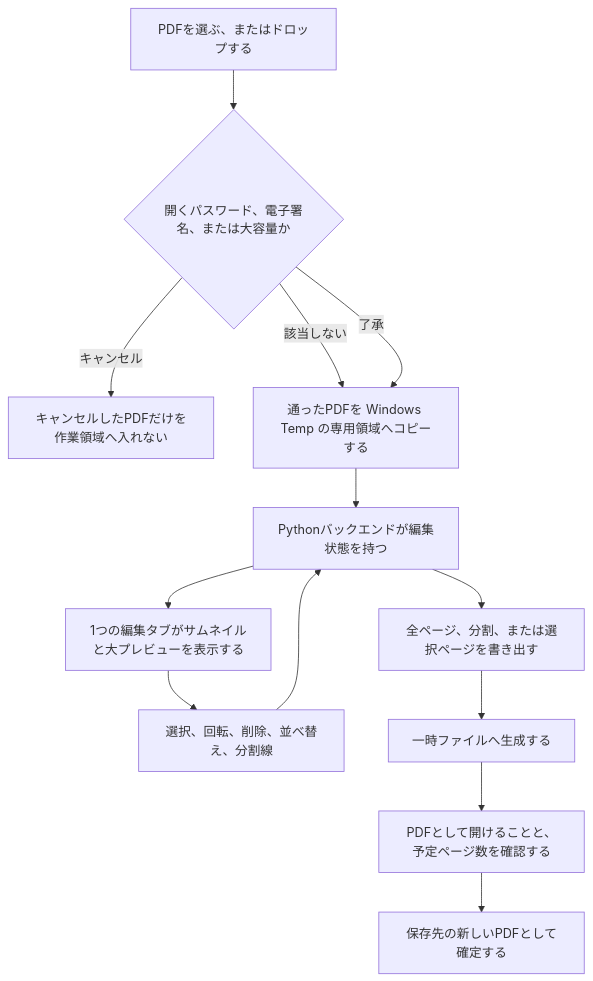
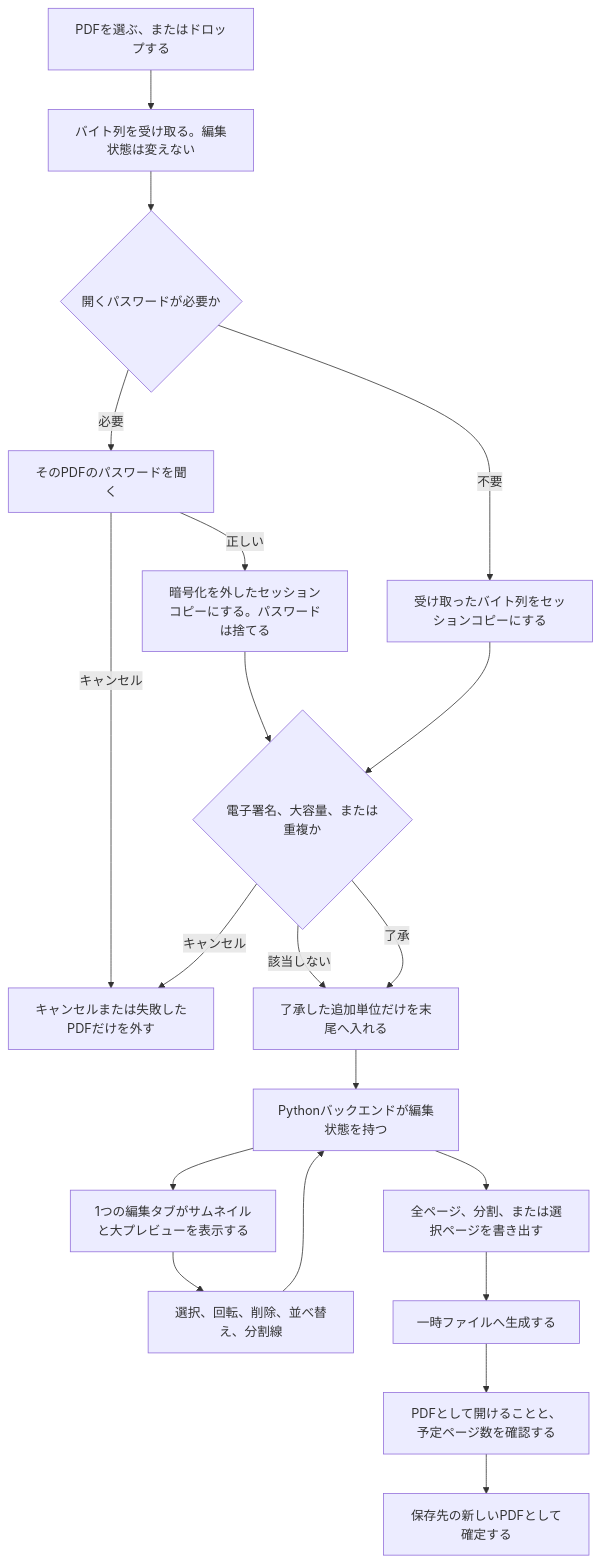
Before and after one commit to rm007080/26_pdf-editor: the first of 2 diagrams in docs/architecture.md, drawn with Mermaid. The commit also changed other lines of this file and 14 other files, not shown here.

````diff
--- a/docs/architecture.md
+++ b/docs/architecture.md
@@ -27,27 +27,39 @@
 ```mermaid
 flowchart TD
   open["PDFを選ぶ、またはドロップする"]
-  gate{"開くパスワード、電子署名、または大容量か"}
-  exclude["キャンセルしたPDFだけを作業領域へ入れない"]
-  copy["通ったPDFを Windows Temp の専用領域へコピーする"]
+  receive["バイト列を受け取る。編集状態は変えない"]
+  pw{"開くパスワードが必要か"}
+  ask["そのPDFのパスワードを聞く"]
+  decrypt["暗号化を外したセッションコピーにする。パスワードは捨てる"]
+  plain["受け取ったバイト列をセッションコピーにする"]
+  gate{"電子署名、大容量、または重複か"}
+  exclude["キャンセルまたは失敗したPDFだけを外す"]
+  append["了承した追加単位だけを末尾へ入れる"]
   state["Pythonバックエンドが編集状態を持つ"]
   view["1つの編集タブがサムネイルと大プレビューを表示する"]
   change["選択、回転、削除、並べ替え、分割線"]
   export["全ページ、分割、または選択ページを書き出す"]
   tmp["一時ファイルへ生成する"]
   verify["PDFとして開けることと、予定ページ数を確認する"]
   done["保存先の新しいPDFとして確定する"]
 
-  open --> gate
-  gate -->|該当しない| copy
+  open --> receive
+  receive --> pw
+  pw -->|必要| ask
+  ask -->|キャンセル| exclude
+  ask -->|正しい| decrypt
+  pw -->|不要| plain
+  decrypt --> gate
+  plain --> gate
+  gate -->|該当しない| append
   gate -->|キャンセル| exclude
-  gate -->|了承| copy
-  copy --> state
+  gate -->|了承| append
+  append --> state
   state --> view
   view --> change
   change --> state
   state --> export
   export --> tmp
   tmp --> verify
   verify --> done
 ```
````
